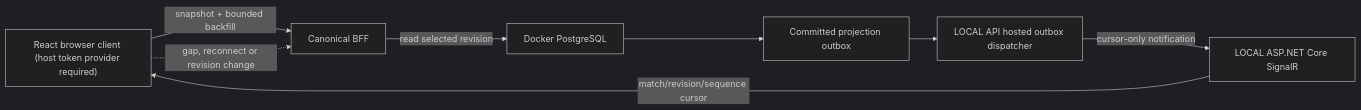
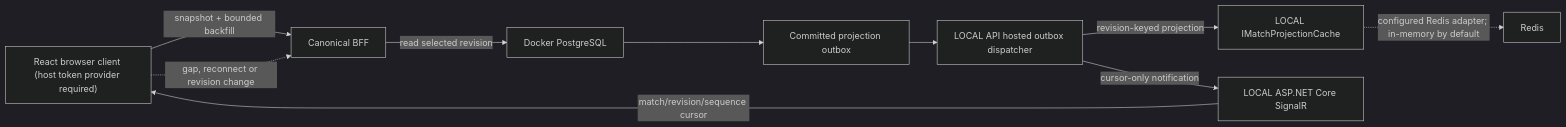
The second of 3 diagrams in docs/architecture/02-container.md (prateekgangopadhyay/PitchMind), drawn with Mermaid (dark theme) before and after one commit. The commit also changed other lines of this file and 7 other files, not shown here.

Commit message:
Add parallel local outbox projection fan-out (#315)

````diff
--- a/docs/architecture/02-container.md
+++ b/docs/architecture/02-container.md
@@ -30,10 +30,12 @@
 ```mermaid
 flowchart LR
   Browser["React browser client (host token provider required)"] -->|snapshot + bounded backfill| BFF["Canonical BFF"]
   BFF -->|read selected revision| PG["Docker PostgreSQL"]
   PG --> Outbox["Committed projection outbox"]
-  Dispatch["LOCAL API hosted outbox dispatcher"] -->|cursor-only notification| Hub["LOCAL ASP.NET Core SignalR"]
+  Dispatch["LOCAL API hosted outbox dispatcher"] -->|revision-keyed projection| Cache["LOCAL IMatchProjectionCache"]
+  Dispatch -->|cursor-only notification| Hub["LOCAL ASP.NET Core SignalR"]
   Outbox --> Dispatch
+  Cache -. "configured Redis adapter; in-memory by default" .-> Redis["Redis"]
   Hub -->|match/revision/sequence cursor| Browser
   Browser -. "gap, reconnect or revision change" .-> BFF
 ```
````
